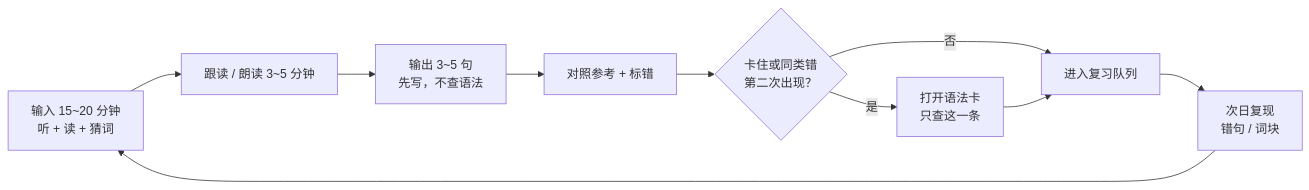
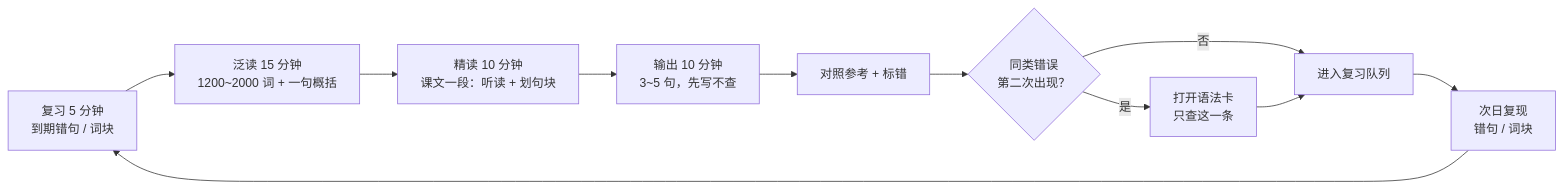
One commit to belos-street/kb-vault changed the first of 3 diagrams in src/english/general/refactor-plan.md. Above: the diagram before and after it, drawn with Mermaid. The commit also changed other lines of this file and 2 other files, not shown here.

````diff
--- a/src/english/general/refactor-plan.md
+++ b/src/english/general/refactor-plan.md
@@ -126,12 +138,13 @@
 ```mermaid
 flowchart LR
-    A["输入 15~20 分钟<br/>听 + 读 + 猜词"] --> B["跟读 / 朗读 3~5 分钟"]
-    B --> C["输出 3~5 句<br/>先写，不查语法"]
+    R["复习 5 分钟<br/>到期错句 / 词块"] --> A["泛读 15 分钟<br/>1200~2000 词 + 一句概括"]
+    A --> B["精读 10 分钟<br/>课文一段：听读 + 划句块"]
+    B --> C["输出 10 分钟<br/>3~5 句，先写不查"]
     C --> D["对照参考 + 标错"]
-    D --> E{"卡住或同类错<br/>第二次出现？"}
+    D --> E{"同类错误<br/>第二次出现？"}
     E -->|是| F["打开语法卡<br/>只查这一条"]
     E -->|否| G["进入复习队列"]
     F --> G
     G --> H["次日复现<br/>错句 / 词块"]
-    H --> A
+    H --> R
 ```
````
